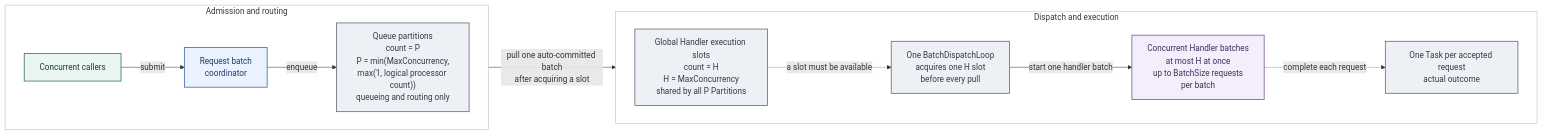
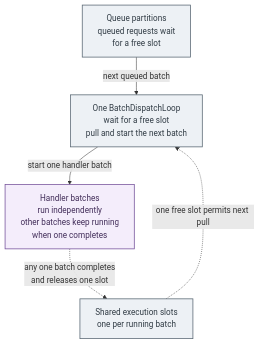
The diagram in docs/assets/request-batcher-dispatch-scheduling.mmd (eventhorizon-cli/RequestBatcher), drawn with Mermaid before and after one commit. The commit also changed 8 other files, not shown here.

Commit message:
docs: clarify batch dispatch scheduling

```diff
--- a/docs/assets/request-batcher-dispatch-scheduling.mmd
+++ b/docs/assets/request-batcher-dispatch-scheduling.mmd
@@ -1,32 +1,11 @@
-flowchart LR
-    subgraph admission["Admission and routing"]
-        direction LR
-        callers["Concurrent callers"] -->|submit| coordinator["Request batch<br/>coordinator"]
-        partitions["Queue partitions<br/>count = P<br/>P = min(MaxConcurrency,<br/>max(1, logical processor count))<br/>queueing and routing only"]
-        coordinator -->|enqueue| partitions
-    end
+flowchart TB
+    partitions["Queue partitions<br/>queued requests wait<br/>for a free slot"] -->|next queued batch| dispatch["One BatchDispatchLoop<br/>wait for a free slot<br/>pull and start the next batch"]
+    slots["Shared execution slots<br/>one per running batch"] -.->|one free slot permits next pull| dispatch
+    dispatch -->|start one handler batch| handlers["Handler batches<br/>run independently<br/>other batches keep running<br/>when one completes"]
+    handlers -.->|any one batch completes<br/>and releases one slot| slots
 
-    subgraph processing["Dispatch and execution"]
-        direction LR
-        slots["Global Handler execution slots<br/>count = H<br/>H = MaxConcurrency<br/>shared by all P Partitions"]
-        dispatch["One BatchDispatchLoop<br/>acquires one H slot<br/>before every pull"]
-        handlers["Concurrent Handler batches<br/>at most H at once<br/>up to BatchSize requests<br/>per batch"]
-        completion["One Task per accepted request<br/>actual outcome"]
-        slots -.->|a slot must be available| dispatch
-        dispatch -->|start one handler batch| handlers
-        handlers -.->|complete each request| completion
-    end
-
-    partitions -->|pull one auto-committed batch<br/>after acquiring a slot| dispatch
-
-    class callers client
-    class coordinator gateway
-    class partitions,dispatch,slots,completion core
+    class partitions,dispatch,slots core
     class handlers handler
 
-    classDef client fill:#e9f6f1,stroke:#2f6f5e,color:#173f35,stroke-width:1.5px
-    classDef gateway fill:#eaf2ff,stroke:#3567a7,color:#1d3b66,stroke-width:1.5px
     classDef core fill:#edf1f5,stroke:#596773,color:#303b44,stroke-width:1.5px
     classDef handler fill:#f4edfb,stroke:#75529b,color:#422d59,stroke-width:1.5px
-    style admission fill:#ffffff,stroke:#aeb8c2,color:#303b44,stroke-width:1px
-    style processing fill:#ffffff,stroke:#aeb8c2,color:#303b44,stroke-width:1px
```
